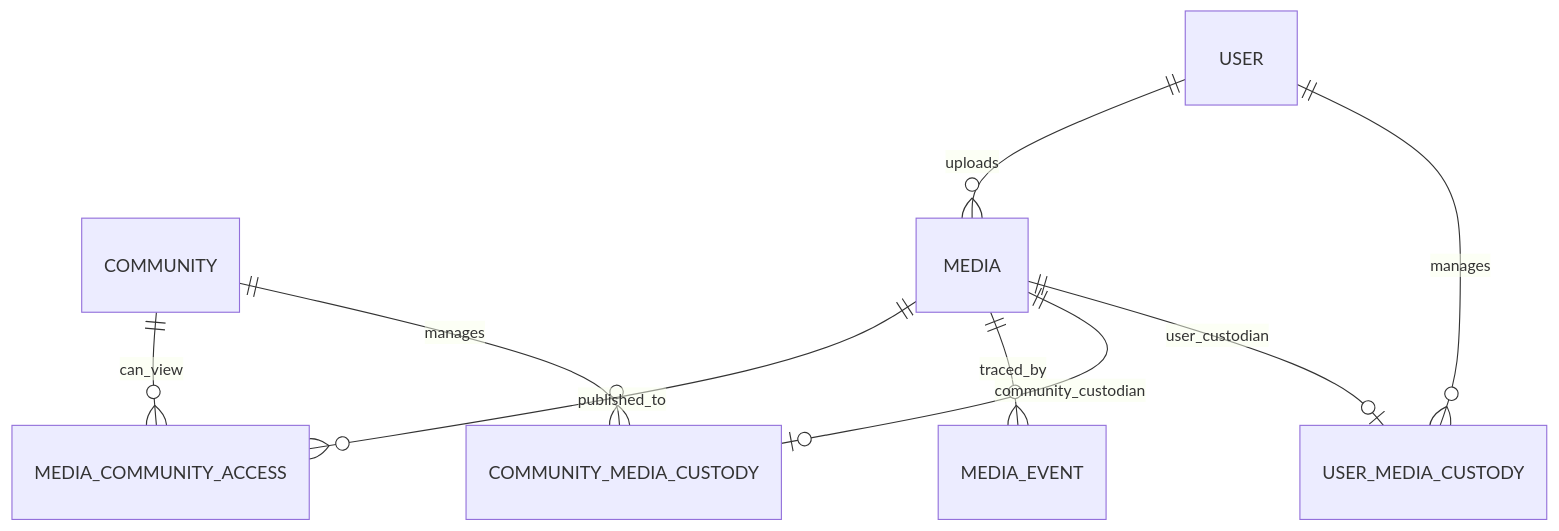
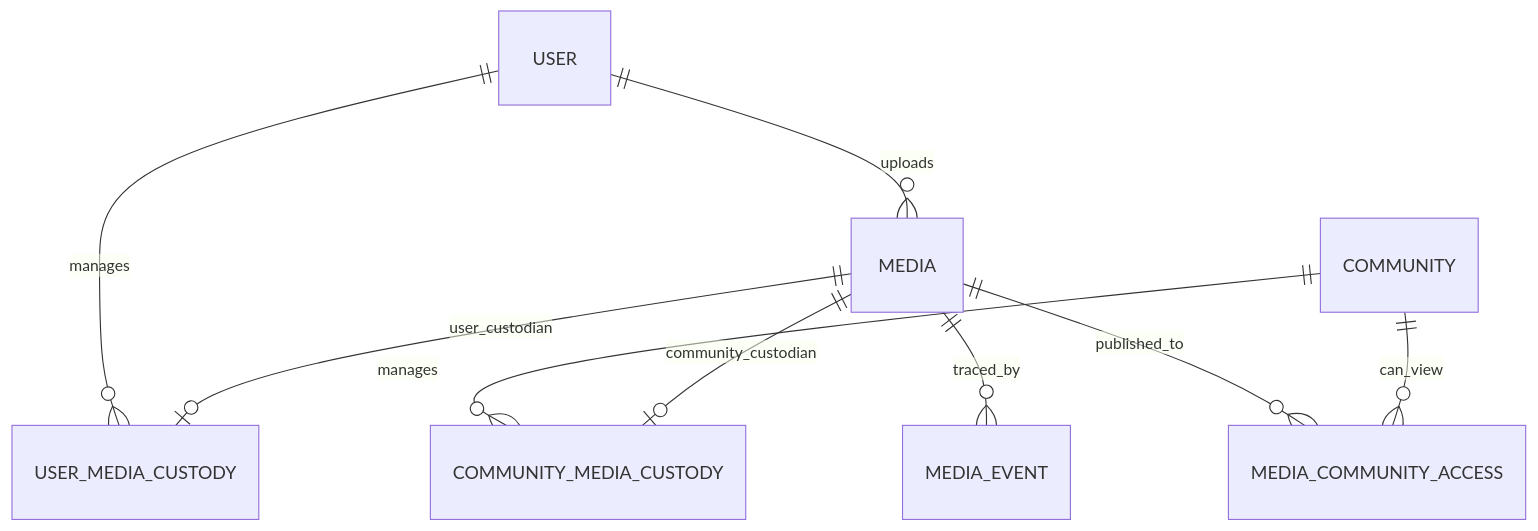
One commit to hazuki3417/memoria-design changed the first of 2 diagrams in pages/media/data-model.mdx. Above: the diagram before and after it, drawn with Mermaid. The commit also changed other lines of this file and 58 other files, not shown here.

````diff
--- a/pages/media/data-model.mdx
+++ b/pages/media/data-model.mdx
@@ -12,11 +9,11 @@
 ```mermaid
 erDiagram
-    USER ||--o{ USER_MEDIA_CUSTODY : manages
-    COMMUNITY ||--o{ COMMUNITY_MEDIA_CUSTODY : manages
-    MEDIA ||--o| USER_MEDIA_CUSTODY : user_custodian
-    MEDIA ||--o| COMMUNITY_MEDIA_CUSTODY : community_custodian
-    USER ||--o{ MEDIA : uploads
-    MEDIA ||--o{ MEDIA_EVENT : traced_by
-    MEDIA ||--o{ MEDIA_COMMUNITY_ACCESS : published_to
-    COMMUNITY ||--o{ MEDIA_COMMUNITY_ACCESS : can_view
+  USER ||--o{ MEDIA : uploads
+  USER ||--o{ USER_MEDIA_CUSTODY : manages
+  COMMUNITY ||--o{ COMMUNITY_MEDIA_CUSTODY : manages
+  MEDIA ||--o| USER_MEDIA_CUSTODY : user_custodian
+  MEDIA ||--o| COMMUNITY_MEDIA_CUSTODY : community_custodian
+  MEDIA ||--o{ MEDIA_EVENT : traced_by
+  MEDIA ||--o{ MEDIA_COMMUNITY_ACCESS : published_to
+  COMMUNITY ||--o{ MEDIA_COMMUNITY_ACCESS : can_view
 ```
````
